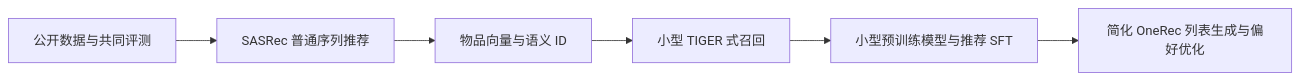
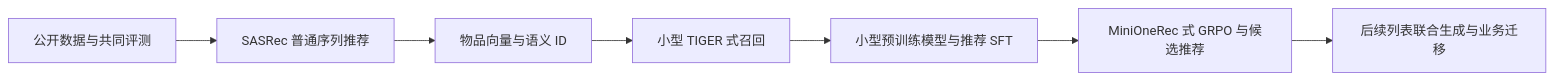
One commit to Tanghaopeng/generative-recommendation-learning changed the diagram in 01_知识库/01_项目路线/路线图.md. Above: the diagram before and after it, drawn with Mermaid. The commit also changed other lines of this file and 111 other files, not shown here.

````diff
--- a/01_知识库/01_项目路线/路线图.md
+++ b/01_知识库/01_项目路线/路线图.md
@@ -5,8 +5,9 @@
 ```mermaid
 flowchart LR
     A[公开数据与共同评测] --> B[SASRec 普通序列推荐]
     B --> C[物品向量与语义 ID]
     C --> D[小型 TIGER 式召回]
     D --> E[小型预训练模型与推荐 SFT]
-    E --> F[简化 OneRec 列表生成与偏好优化]
+    E --> F[MiniOneRec 式 GRPO 与候选推荐]
+    F --> G[后续列表联合生成与业务迁移]
 ```
````
